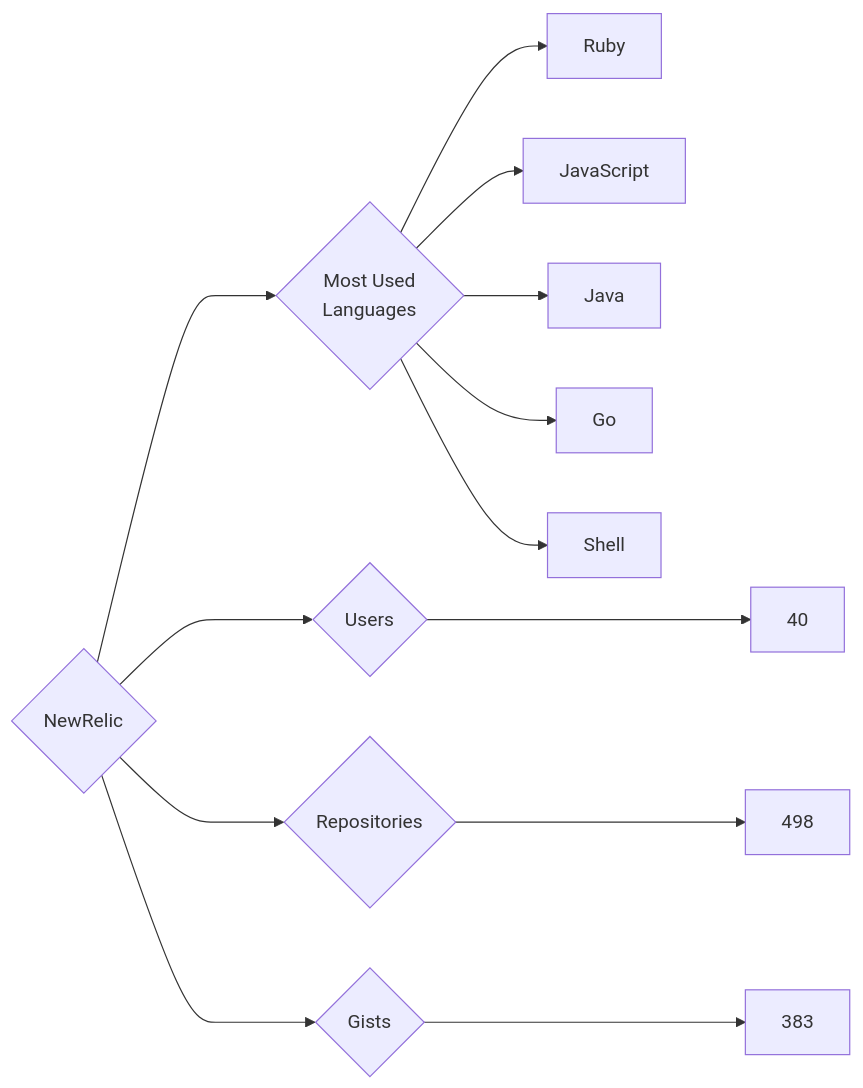
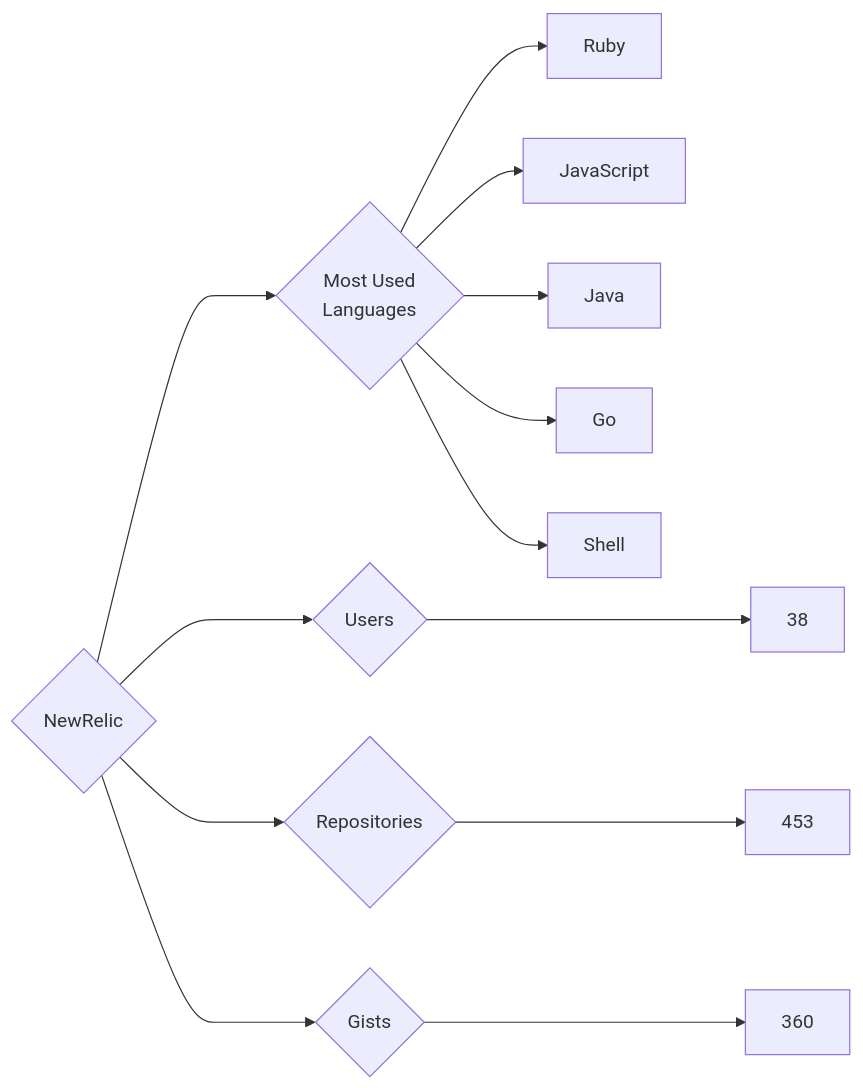
Before and after one commit to trickest/insiders: the diagram in targets/NewRelic/README.md, drawn with Mermaid. The commit also changed 681 other files, not shown here.

````diff
--- a/targets/NewRelic/README.md
+++ b/targets/NewRelic/README.md
@@ -3,13 +3,13 @@
 ```mermaid
 graph LR
 COMPANY_NAME{NewRelic}
-COMPANY_NAME ---> U{Users} ---> UN[40]
-COMPANY_NAME ---> R{Repositories} ---> RN[498]
-COMPANY_NAME ---> G{Gists} ---> GN[383]
+COMPANY_NAME ---> U{Users} ---> UN[38]
+COMPANY_NAME ---> R{Repositories} ---> RN[453]
+COMPANY_NAME ---> G{Gists} ---> GN[360]
 COMPANY_NAME ---> ML{Most Used<br>Languages}
 ML --> Ruby[Ruby]
 ML --> JavaScript[JavaScript]
 ML --> Java[Java]
 ML --> Go[Go]
 ML --> Shell[Shell]
 ```
````
